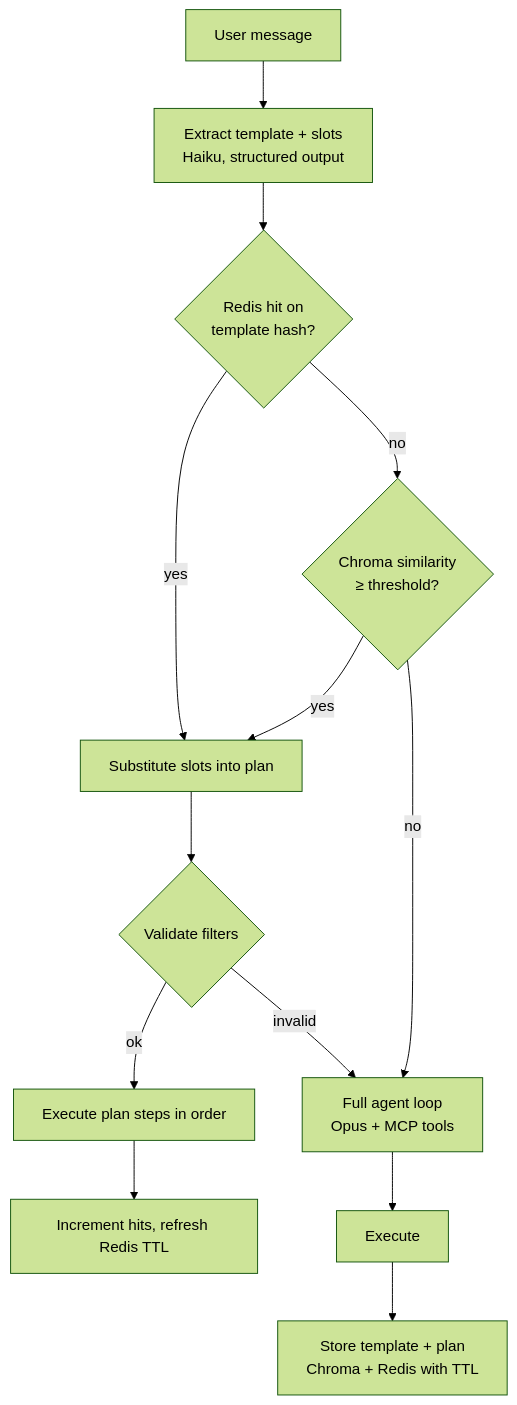
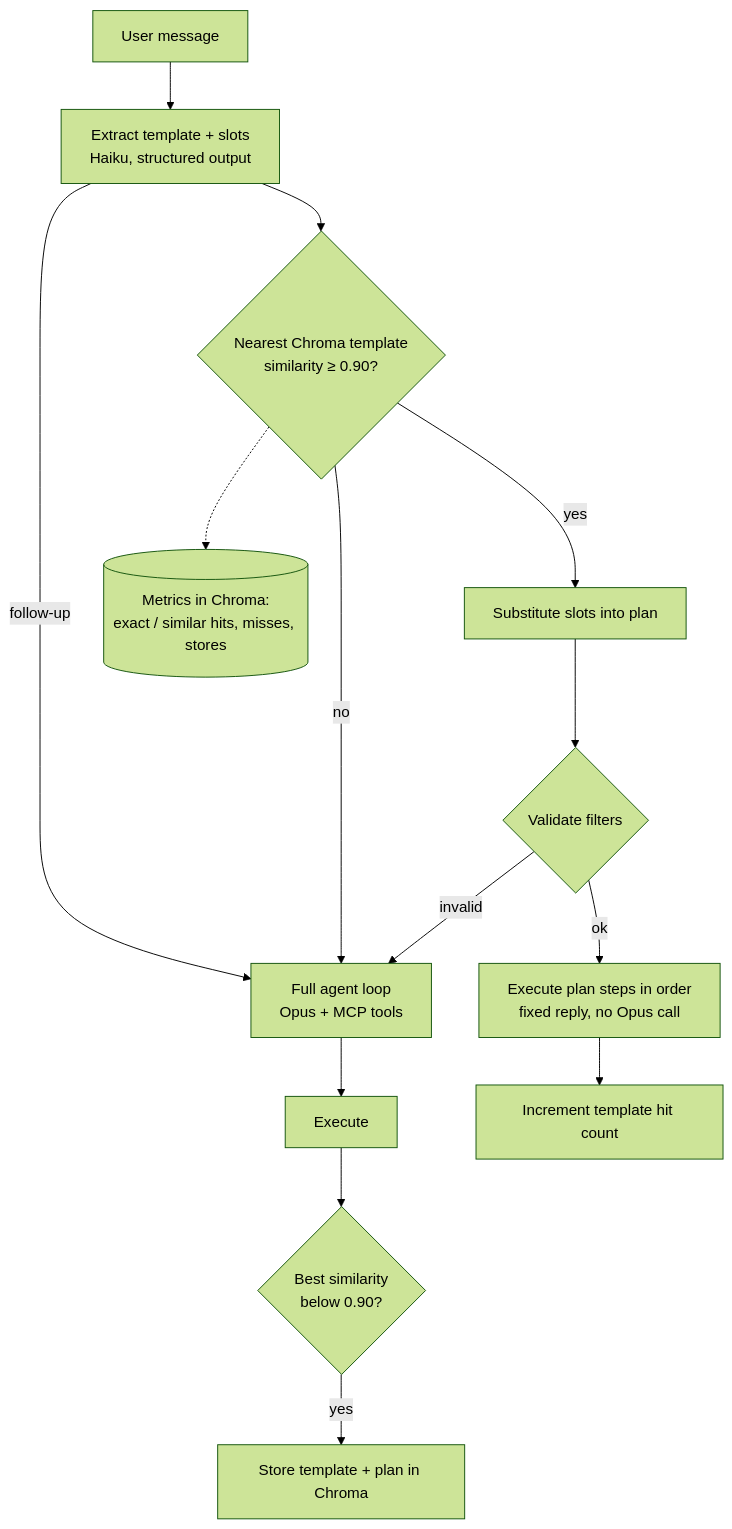
The third of 4 diagrams in docs/HLD.md (sushmakoulgi/Transaction-Dashboard-Agent), drawn with Mermaid (forest theme) before and after one commit. The commit also changed other lines of this file and 1 other file, not shown here.

Commit message:
Docs: finalize the Phase 2 plan cache design (Chroma only, with metrics)
Redis is on hold; GET /api/metrics/plan-cache counts exact vs similar
embedding hits so the Redis decision can be made from real data. A
template is stored only when the best similarity is below the hit
threshold. Phase 2a re-sequenced into P2a-1..6.

````diff
--- a/docs/HLD.md
+++ b/docs/HLD.md
@@ -136,15 +136,16 @@
 ```mermaid
 flowchart TD
     Q[User message] --> X[Extract template + slots<br/>Haiku, structured output]
-    X --> R{Redis hit on<br/>template hash?}
-    R -- yes --> S[Substitute slots into plan]
-    R -- no --> V{Chroma similarity<br/>≥ threshold?}
-    V -- yes --> S
+    X -- follow-up --> L
+    X --> V{Nearest Chroma template<br/>similarity ≥ 0.90?}
+    V -- yes --> S[Substitute slots into plan]
     V -- no --> L[Full agent loop<br/>Opus + MCP tools]
     S --> VAL{Validate filters}
-    VAL -- ok --> E[Execute plan steps in order]
+    VAL -- ok --> E[Execute plan steps in order<br/>fixed reply, no Opus call]
     VAL -- invalid --> L
     L --> E2[Execute]
-    E2 --> STORE[Store template + plan<br/>Chroma + Redis with TTL]
-    E --> PROMOTE[Increment hits, refresh Redis TTL]
+    E2 --> STORE{Best similarity<br/>below 0.90?}
+    STORE -- yes --> ADD[Store template + plan in Chroma]
+    E --> HIT[Increment template hit count]
+    V -.-> M[(Metrics in Chroma:<br/>exact / similar hits, misses, stores)]
 ```
````
